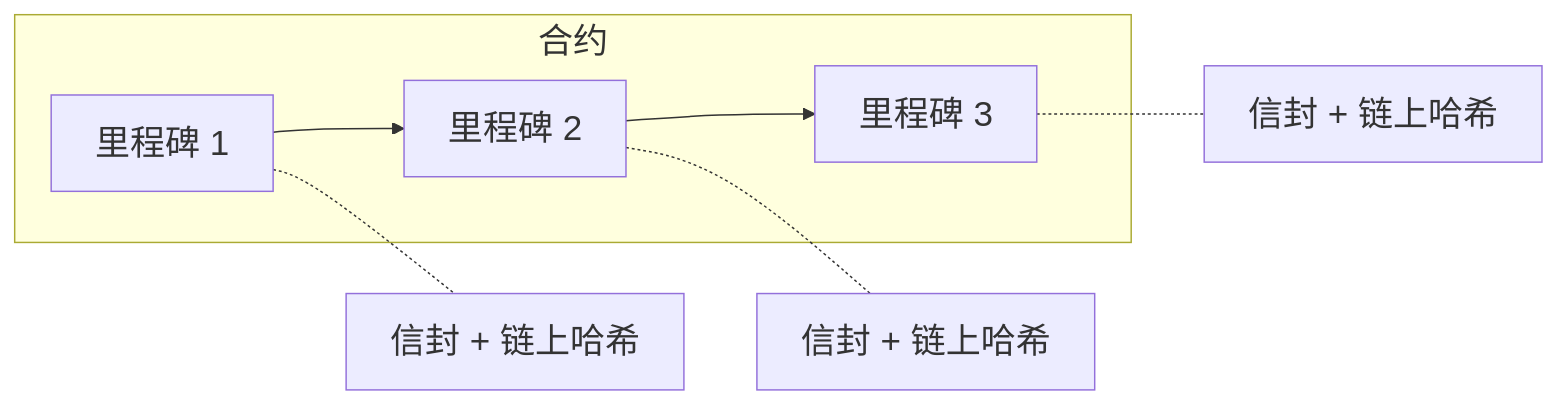
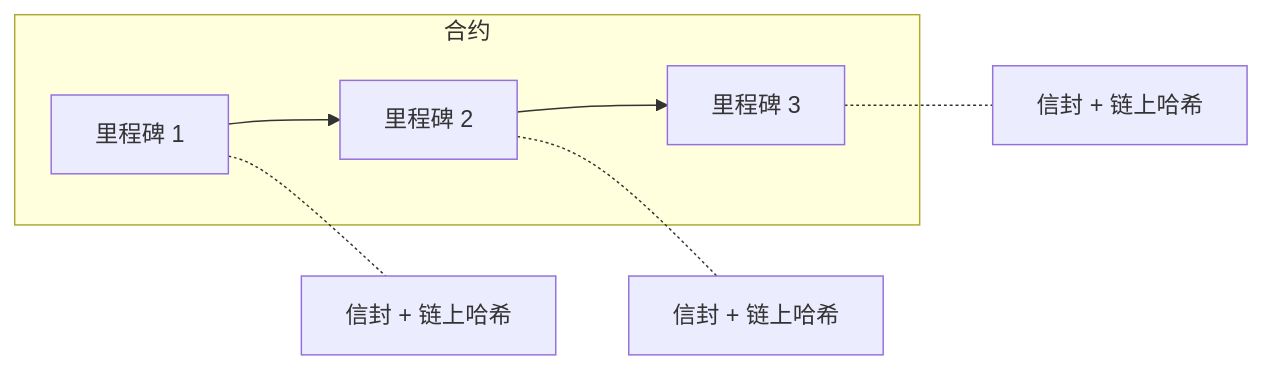
Before and after one commit to claw-network/clawnet: the seventh of 7 diagrams in packages/docs/content/docs/getting-started/core-concepts/deliverables.zh.md, drawn with Mermaid. The commit also changed other lines of this file and 2 other files, not shown here.

Commit message:
feat: update Mermaid configuration for improved flowchart and sequence diagram rendering; increase font size and adjust layout parameters

````diff
--- a/packages/docs/content/docs/getting-started/core-concepts/deliverables.zh.md
+++ b/packages/docs/content/docs/getting-started/core-concepts/deliverables.zh.md
@@ -321,10 +315,9 @@
 ```mermaid
-%%{init: {'themeVariables': {'fontSize': '24px'}}}%%
 flowchart LR
     subgraph 合约
         M1[里程碑 1] --> M2[里程碑 2] --> M3[里程碑 3]
     end
     M1 -.- E1[信封 + 链上哈希]
     M2 -.- E2[信封 + 链上哈希]
     M3 -.- E3[信封 + 链上哈希]
 ```
````
